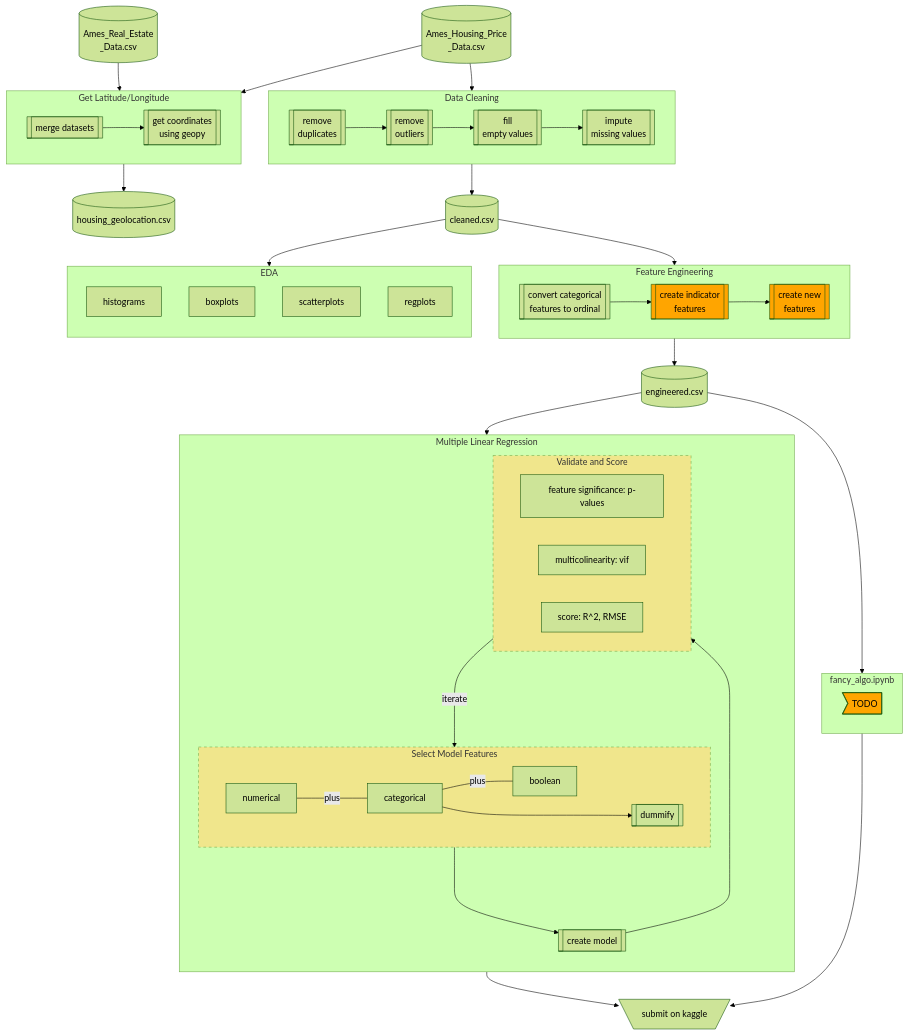
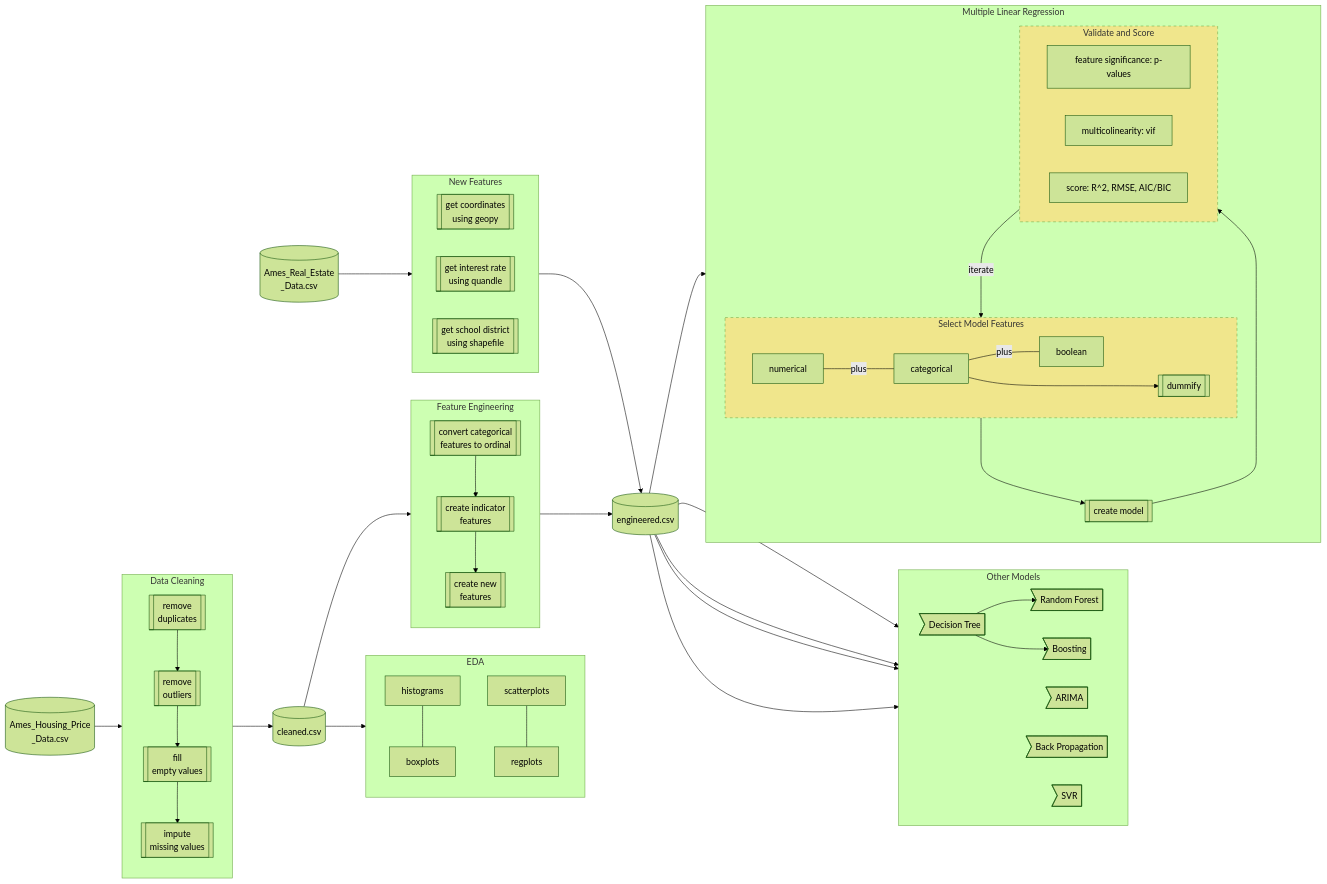
One commit to rishigoutam/ames-iowa changed the diagram in project-management/process.md. Above: the diagram before and after it, drawn with Mermaid (forest theme).

````diff
--- a/project-management/process.md
+++ b/project-management/process.md
@@ -5,20 +5,20 @@
 ```mermaid
-flowchart TD
+flowchart LR
     d_r[(Ames_Real_Estate\n_Data.csv)]-->geo
-    d_h[(Ames_Housing_Price\n_Data.csv)]-->geo
     
-    subgraph geo [Get Latitude/Longitude <geo_locations.ipynb>]
+    subgraph geo [New Features <various R/python>]
         direction LR
-        merge[[merge datasets]]-->geopy
         geopy[[get coordinates\n using geopy]]
+        tnx[[get interest rate\n using quandle]]
+        districts[[get school district\n using shapefile]]
     end
     
-    geo-->d_g[(housing_geolocation.csv)]
+    geo-->d_e
 
-    d_h-->clean
+    d_h[(Ames_Housing_Price\n_Data.csv)]-->clean
     
     subgraph clean [Data Cleaning <clean.ipynb>]
-        direction LR
+        direction TB
         dupe[[remove \nduplicates]]-->outlier
         outlier[[remove \noutliers]]-->fillna
         fillna[[fill \nempty values]]-->impute
@@ -28,21 +28,19 @@
     clean-->d_c[(cleaned.csv)]
     
     subgraph encode [Feature Engineering <engineer.ipynb>]
-        direction LR
+        direction TB
         ordinate[[convert categorical \nfeatures to ordinal]]-->indicator
         indicator[[create indicator \nfeatures]]-->new
-        style indicator fill:orange
         new[[create new \nfeatures]]
-        style new fill:orange
     end
     
     d_c-->encode-->d_e[(engineered.csv)]
     
     subgraph eda [EDA <eda.ipynb, eda.R>]
         direction TB
-        histograms
+        histograms---
         boxplots
-        scatterplots
+        scatterplots---
         regplots
     end
     
@@ -64,20 +62,26 @@
             style validate stroke-dasharray: 5 5, fill:khaki
             stats_significance[feature significance: p-values]
             stats_cor[multicolinearity: vif]
-            stats_score[score: R^2, RMSE]
+            stats_score[score: R^2, RMSE, AIC/BIC]
         end
         
     end
     
-    subgraph algo [fancy_algo.ipynb]
+    subgraph algo [Other Models]
         direction LR
-        TODO>TODO]
-        style TODO fill:orange
+        decision_tree>Decision Tree]
+        arima>ARIMA]
+        backprop>Back Propagation]
+        svr>SVR]
+        
+        decision_tree-->random_forest>Random Forest]
+        decision_tree-->boosted>Boosting]
     end
     
     d_c-->eda
     d_e-->lin_regression
-    d_e-->algo
-    
-    lin_regression & algo-->kaggle[\submit on kaggle/]
+    d_e-->decision_tree
+    d_e-->arima
+    d_e-->backprop
+    d_e-->svr
 ```
````
